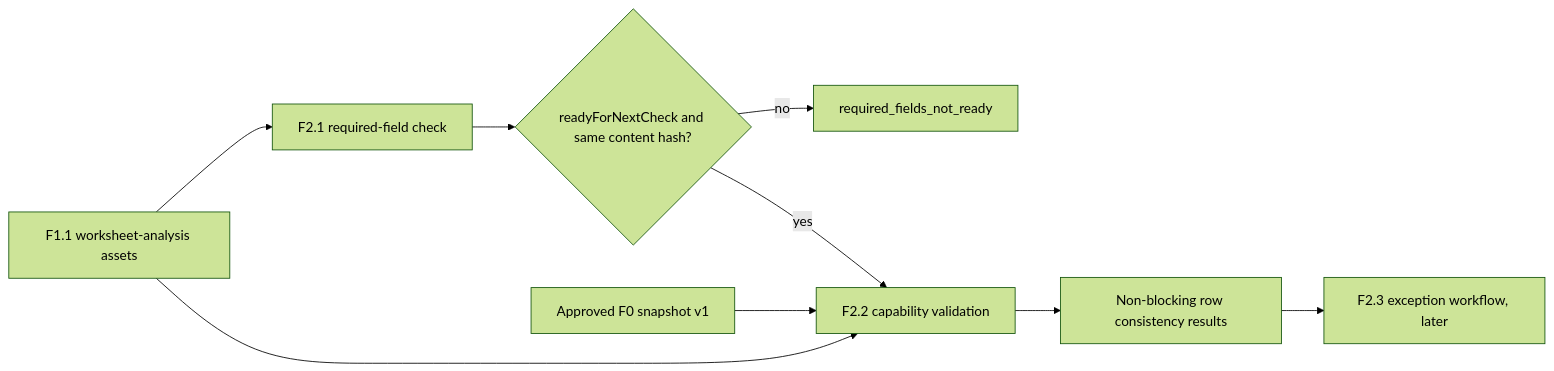
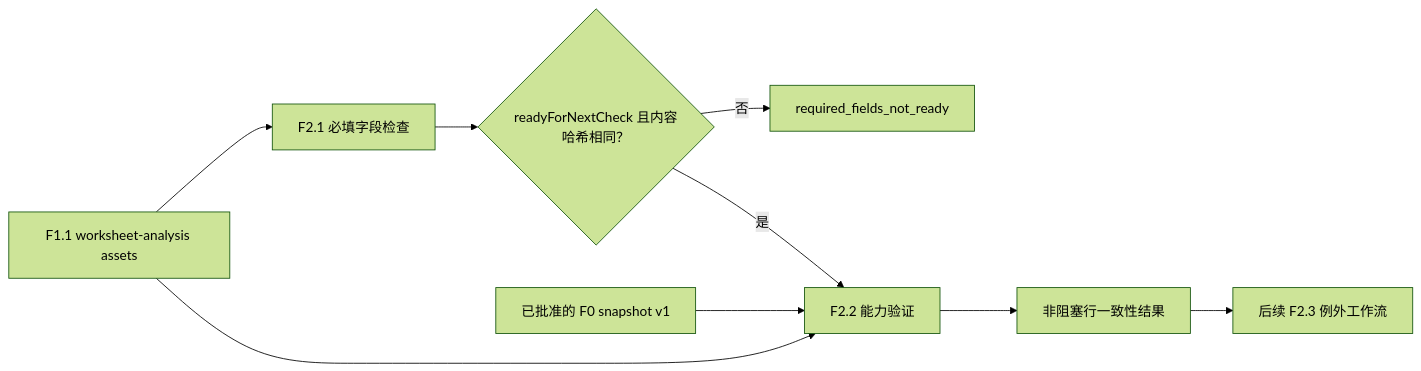
Before and after one commit to MS-AI-in-Product-Making/TA-Assist-Agent: the diagram in docs/superpowers/specs/2026-07-27-f2-2-capability-distribution-validation-design.md, drawn with Mermaid (forest theme). The commit also changed other lines of this file and 4 other files, not shown here.

````diff
--- a/docs/superpowers/specs/2026-07-27-f2-2-capability-distribution-validation-design.md
+++ b/docs/superpowers/specs/2026-07-27-f2-2-capability-distribution-validation-design.md
@@ -39,11 +33,11 @@
 ```mermaid
 flowchart LR
-    A[F1.1 worksheet-analysis assets] --> B[F2.1 required-field check]
-    A --> C[F2.2 capability validation]
-    B --> D{readyForNextCheck and same content hash?}
-    D -- no --> E[required_fields_not_ready]
-    D -- yes --> C
-    K[Approved F0 snapshot v1] --> C
-    C --> R[Non-blocking row consistency results]
-    R --> X[F2.3 exception workflow, later]
+    A[F1.1 worksheet-analysis assets] --> B[F2.1 必填字段检查]
+    A --> C[F2.2 能力验证]
+    B --> D{readyForNextCheck 且内容哈希相同？}
+    D -- 否 --> E[required_fields_not_ready]
+    D -- 是 --> C
+    K[已批准的 F0 snapshot v1] --> C
+    C --> R[非阻塞行一致性结果]
+    R --> X[后续 F2.3 例外工作流]
 ```
````
